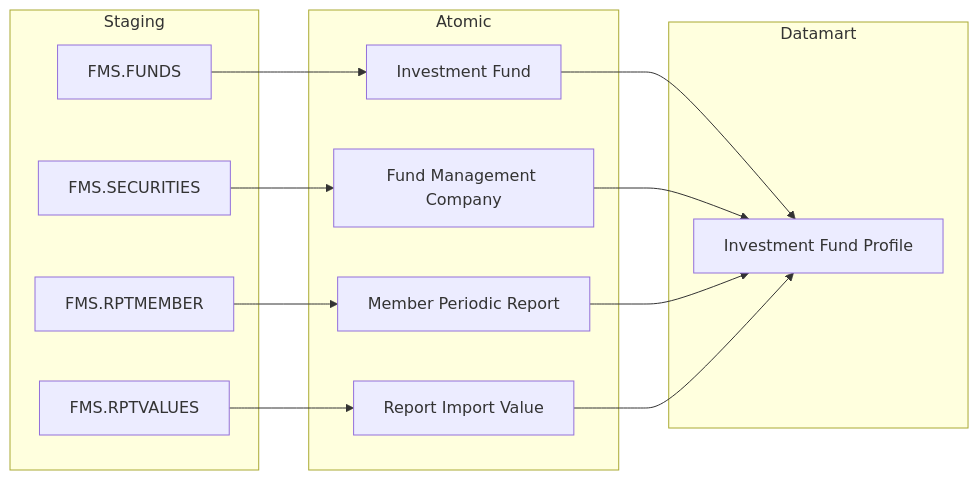
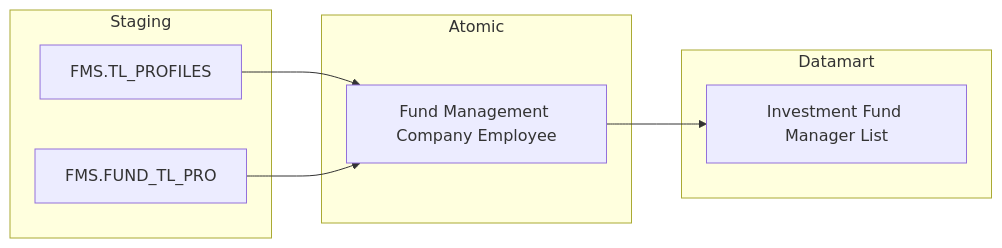
The seventh of 37 diagrams in Datamart/hld/DTM_FMS_HLD.md (linhlvit/ubck_atomic_design), drawn with Mermaid before and after one commit. The commit also changed other lines of this file and 5 other files, not shown here.

````diff
--- a/Datamart/hld/DTM_FMS_HLD.md
+++ b/Datamart/hld/DTM_FMS_HLD.md
@@ -276,30 +193,20 @@
 ```mermaid
 flowchart LR
     subgraph SRC["Staging"]
-        FMS_FUNDS["FMS.FUNDS"]
-        FMS_SECURITIES["FMS.SECURITIES"]
-        FMS_RPTMEMBER["FMS.RPTMEMBER"]
-        FMS_RPTVALUES["FMS.RPTVALUES"]
+        FMS_TLPROFILES["FMS.TL_PROFILES"]
+        FMS_FUNDTLPRO["FMS.FUND_TL_PRO"]
     end
 
     subgraph SIL["Atomic"]
-        Investment_Fund["Investment Fund"]
-        Fund_Management_Company["Fund Management Company"]
-        Member_Periodic_Report["Member Periodic Report"]
-        Report_Import_Value["Report Import Value"]
+        Fund_Management_Company_Employee["Fund Management Company Employee"]
     end
 
     subgraph GOLD["Datamart"]
-        inv_fnd_prf["Investment Fund Profile"]
+        inv_fnd_mgr_lst["Investment Fund Manager List"]
     end
 
-    FMS_FUNDS --> Investment_Fund
-    FMS_SECURITIES --> Fund_Management_Company
-    FMS_RPTMEMBER --> Member_Periodic_Report
-    FMS_RPTVALUES --> Report_Import_Value
+    FMS_TLPROFILES --> Fund_Management_Company_Employee
+    FMS_FUNDTLPRO --> Fund_Management_Company_Employee
 
-    Investment_Fund --> inv_fnd_prf
-    Fund_Management_Company --> inv_fnd_prf
-    Member_Periodic_Report --> inv_fnd_prf
-    Report_Import_Value --> inv_fnd_prf
+    Fund_Management_Company_Employee --> inv_fnd_mgr_lst
 ```
````
